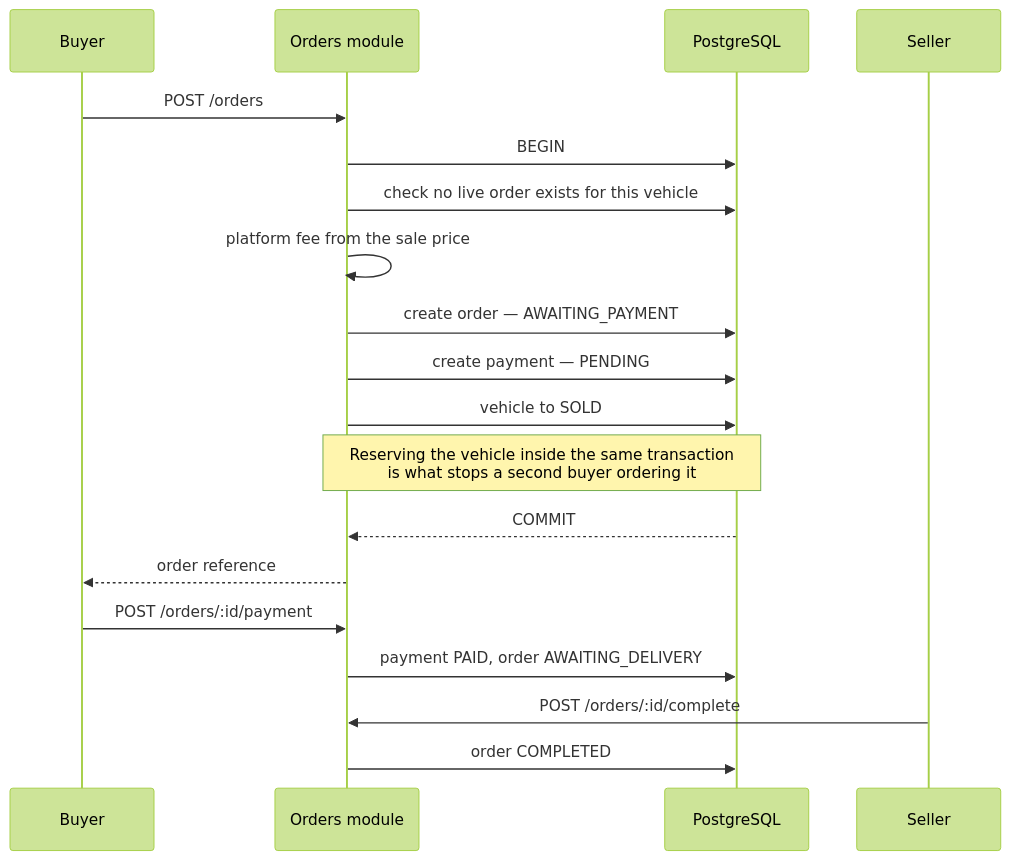
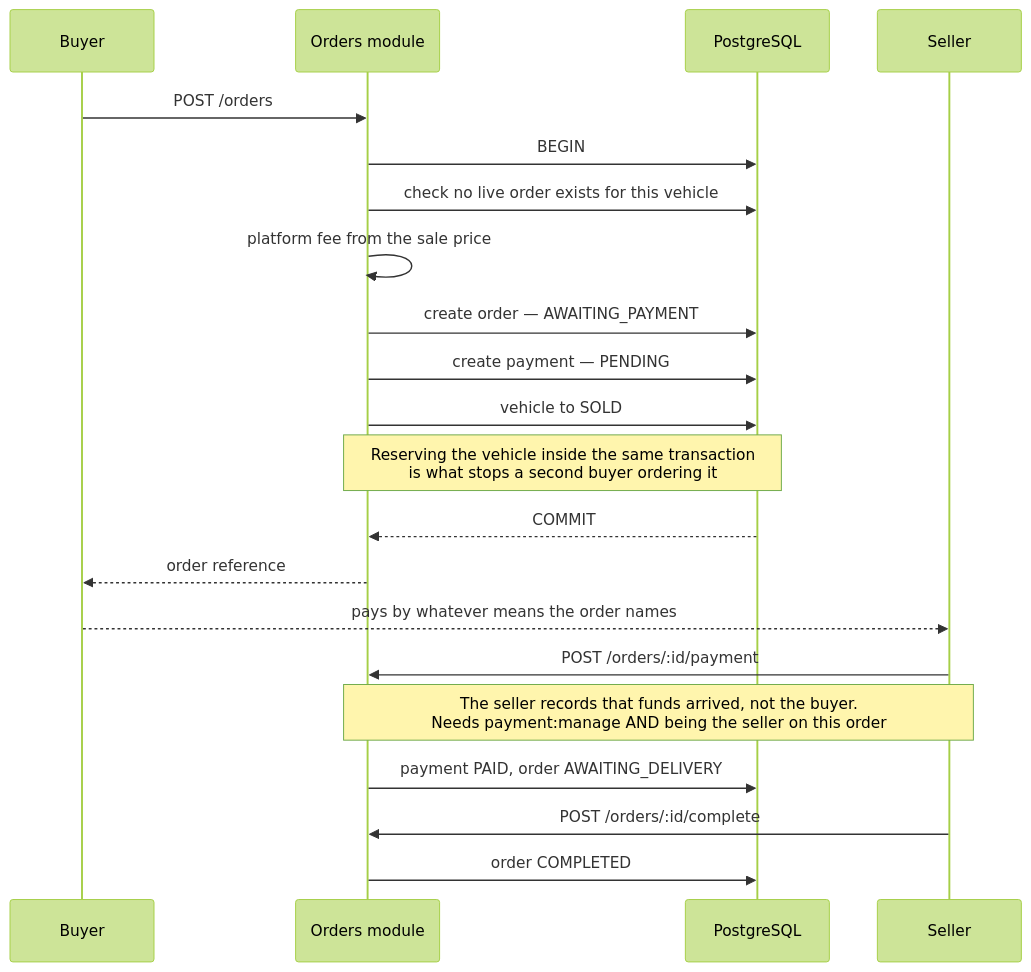
Before and after one commit to MohammadZakariaDehghani/Vintrax: diagram 12 of 21 in documentation/transaction-flow.md, drawn with Mermaid (forest theme). The commit also changed other lines of this file and 26 other files, not shown here.

````diff
--- a/documentation/transaction-flow.md
+++ b/documentation/transaction-flow.md
@@ -430,24 +446,26 @@
 ```mermaid
 sequenceDiagram
     participant B as Buyer
     participant API as Orders module
     participant DB as PostgreSQL
     participant S as Seller
 
     B->>API: POST /orders
     API->>DB: BEGIN
     API->>DB: check no live order exists for this vehicle
     API->>API: platform fee from the sale price
     API->>DB: create order — AWAITING_PAYMENT
     API->>DB: create payment — PENDING
     API->>DB: vehicle to SOLD
     Note over API,DB: Reserving the vehicle inside the same transaction<br/>is what stops a second buyer ordering it
     DB-->>API: COMMIT
     API-->>B: order reference
 
-    B->>API: POST /orders/:id/payment
+    B-->>S: pays by whatever means the order names
+    S->>API: POST /orders/:id/payment
+    Note over S,API: The seller records that funds arrived, not the buyer.<br/>Needs payment:manage AND being the seller on this order
     API->>DB: payment PAID, order AWAITING_DELIVERY
 
     S->>API: POST /orders/:id/complete
     API->>DB: order COMPLETED
 ```
````
